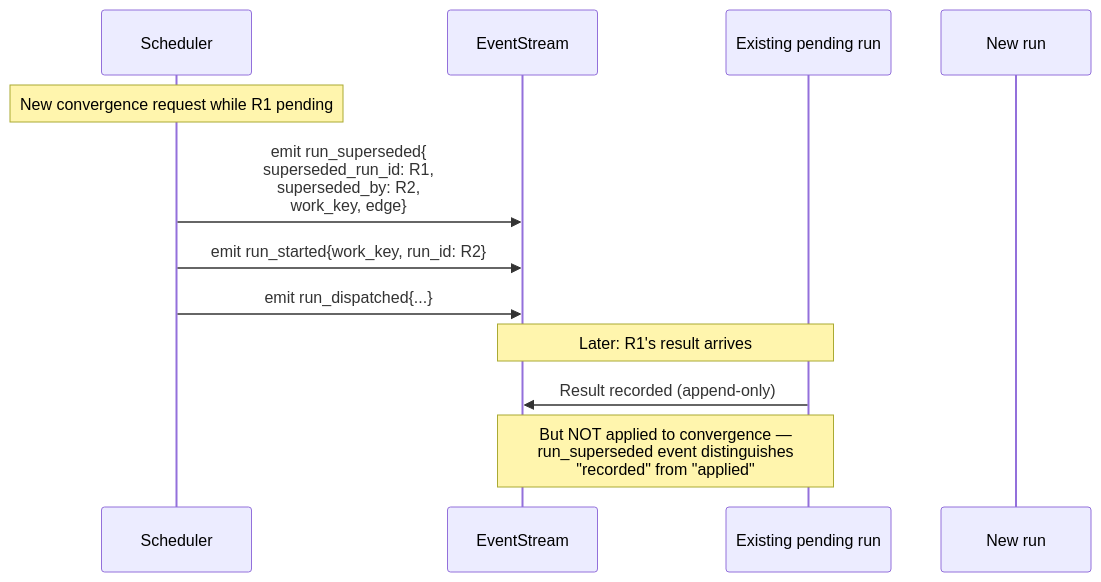
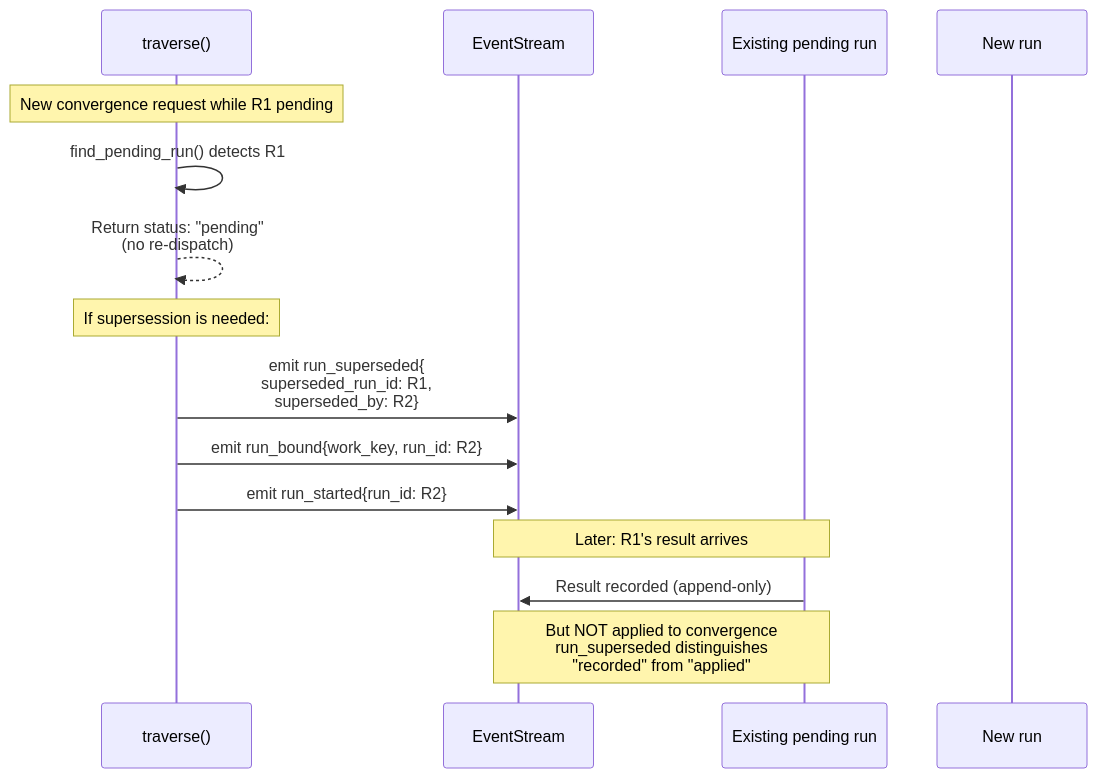
One commit to foolishimp/abiogenesis changed diagram 20 of 23 in docs/ABG_Design_Document.md. Above: the diagram before and after it, drawn with Mermaid. The commit also changed other lines of this file and 90 other files, not shown here.

````diff
--- a/docs/ABG_Design_Document.md
+++ b/docs/ABG_Design_Document.md
@@ -675,16 +869,19 @@
 ```mermaid
 sequenceDiagram
-    participant S as Scheduler
+    participant S as traverse()
     participant ES as EventStream
     participant R1 as Existing pending run
     participant R2 as New run
 
     Note over S: New convergence request while R1 pending
-    S->>ES: emit run_superseded{<br/>superseded_run_id: R1,<br/>superseded_by: R2,<br/>work_key, edge}
-    S->>ES: emit run_started{work_key, run_id: R2}
-    S->>ES: emit run_dispatched{...}
+    S->>S: find_pending_run() detects R1
+    S-->>S: Return status: "pending"<br/>(no re-dispatch)
+    Note over S: If supersession is needed:
+    S->>ES: emit run_superseded{<br/>superseded_run_id: R1,<br/>superseded_by: R2}
+    S->>ES: emit run_bound{work_key, run_id: R2}
+    S->>ES: emit run_started{run_id: R2}
 
     Note over R1,ES: Later: R1's result arrives
     R1->>ES: Result recorded (append-only)
-    Note over R1,ES: But NOT applied to convergence —<br/>run_superseded event distinguishes<br/>"recorded" from "applied"
+    Note over R1,ES: But NOT applied to convergence<br/>run_superseded distinguishes<br/>"recorded" from "applied"
 ```
````
